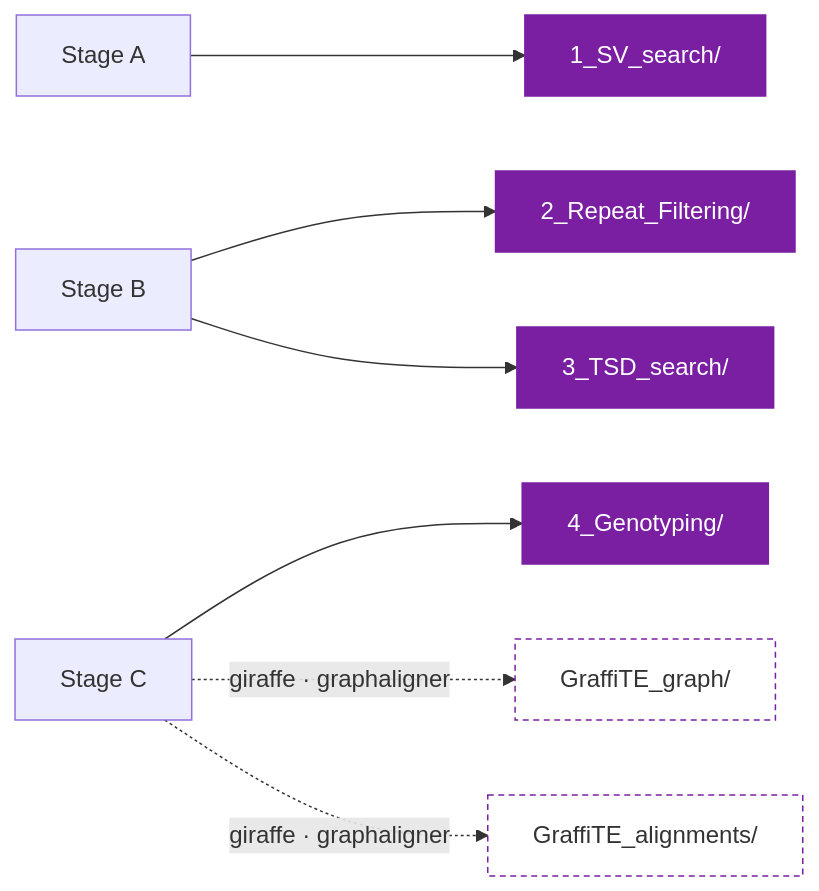
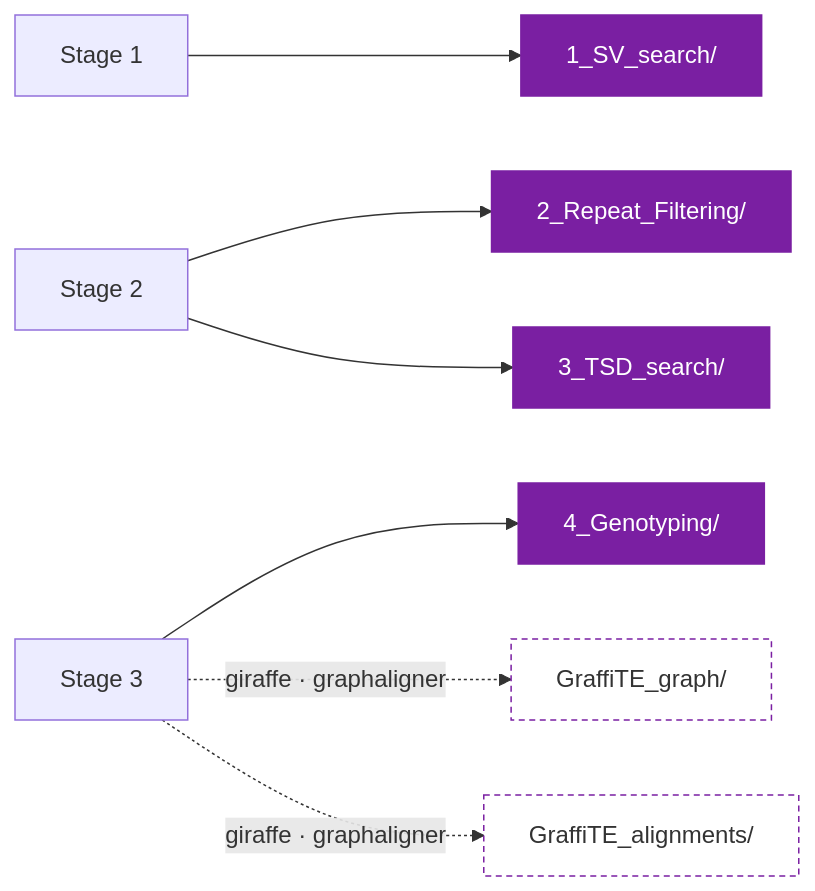
Before and after one commit to cgroza/GraffiTE: the diagram in docs/reference/outputs.md, drawn with Mermaid. The commit also changed other lines of this file and 19 other files, not shown here.

````diff
--- a/docs/reference/outputs.md
+++ b/docs/reference/outputs.md
@@ -65,14 +65,14 @@
 ```mermaid
 flowchart LR
-    A["Stage A"] --> D1["1_SV_search/"]
-    B["Stage B"] --> D2["2_Repeat_Filtering/"]
+    A["Stage 1"] --> D1["1_SV_search/"]
+    B["Stage 2"] --> D2["2_Repeat_Filtering/"]
     B --> D3["3_TSD_search/"]
-    C["Stage C"] --> D4["4_Genotyping/"]
+    C["Stage 3"] --> D4["4_Genotyping/"]
     C -.->|"giraffe · graphaligner"| D5["GraffiTE_graph/"]
     C -.->|"giraffe · graphaligner"| D6["GraffiTE_alignments/"]
 
     classDef always fill:#7a1fa2,stroke:#7a1fa2,color:#fff;
     classDef maybe fill:none,stroke:#7a1fa2,stroke-dasharray:4 3;
     class D1,D2,D3,D4 always;
     class D5,D6 maybe;
 ```
````
